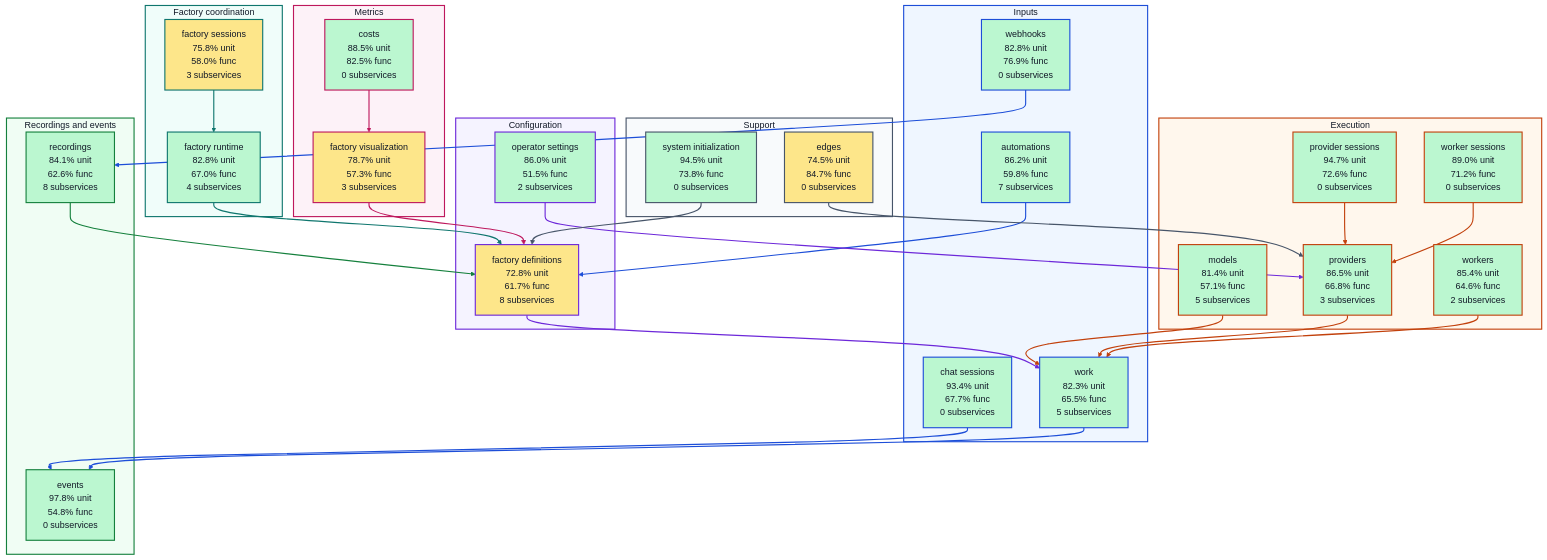
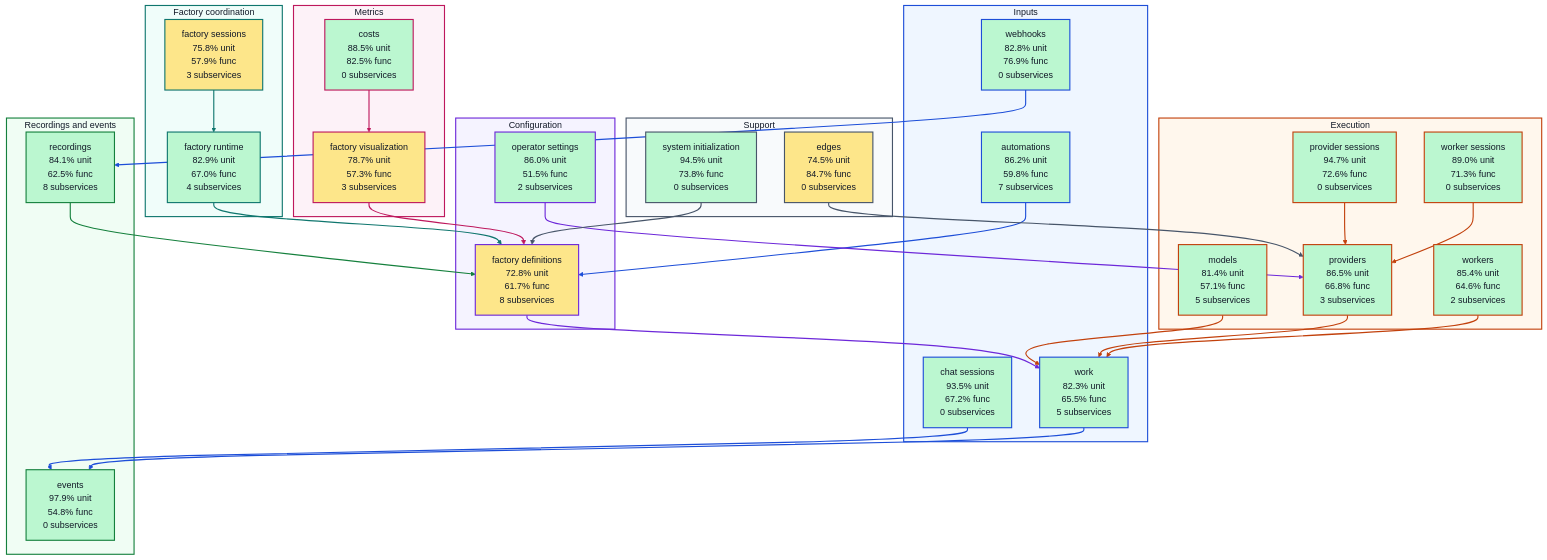
The diagram in docs/architecture/visualizations/high-level-test-coverage.md (portpowered/you-agent-factory), drawn with Mermaid before and after one commit. The commit also changed other lines of this file and 20 other files, not shown here.

Commit message:
docs: refresh backend architecture visualizations

```diff
--- a/docs/architecture/visualizations/high-level-test-coverage.md
+++ b/docs/architecture/visualizations/high-level-test-coverage.md
@@ -12,7 +12,7 @@
 flowchart TB
   subgraph input["Inputs"]
     s_services_automations["automations<br/>86.2% unit<br/>59.8% func<br/>7 subservices"]
-    s_services_chat_sessions["chat sessions<br/>93.4% unit<br/>67.7% func<br/>0 subservices"]
+    s_services_chat_sessions["chat sessions<br/>93.5% unit<br/>67.2% func<br/>0 subservices"]
     s_services_webhooks["webhooks<br/>82.8% unit<br/>76.9% func<br/>0 subservices"]
     s_services_work["work<br/>82.3% unit<br/>65.5% func<br/>5 subservices"]
   end
@@ -21,19 +21,19 @@
     s_services_operator_settings["operator settings<br/>86.0% unit<br/>51.5% func<br/>2 subservices"]
   end
   subgraph coordination["Factory coordination"]
-    s_services_factory_runtime["factory runtime<br/>82.8% unit<br/>67.0% func<br/>4 subservices"]
-    s_services_factory_sessions["factory sessions<br/>75.8% unit<br/>58.0% func<br/>3 subservices"]
+    s_services_factory_runtime["factory runtime<br/>82.9% unit<br/>67.0% func<br/>4 subservices"]
+    s_services_factory_sessions["factory sessions<br/>75.8% unit<br/>57.9% func<br/>3 subservices"]
   end
   subgraph execution["Execution"]
     s_services_models["models<br/>81.4% unit<br/>57.1% func<br/>5 subservices"]
     s_services_provider_sessions["provider sessions<br/>94.7% unit<br/>72.6% func<br/>0 subservices"]
     s_services_providers["providers<br/>86.5% unit<br/>66.8% func<br/>3 subservices"]
-    s_services_worker_sessions["worker sessions<br/>89.0% unit<br/>71.2% func<br/>0 subservices"]
+    s_services_worker_sessions["worker sessions<br/>89.0% unit<br/>71.3% func<br/>0 subservices"]
     s_services_workers["workers<br/>85.4% unit<br/>64.6% func<br/>2 subservices"]
   end
   subgraph recordings["Recordings and events"]
-    s_services_events["events<br/>97.8% unit<br/>54.8% func<br/>0 subservices"]
-    s_services_recordings["recordings<br/>84.1% unit<br/>62.6% func<br/>8 subservices"]
+    s_services_events["events<br/>97.9% unit<br/>54.8% func<br/>0 subservices"]
+    s_services_recordings["recordings<br/>84.1% unit<br/>62.5% func<br/>8 subservices"]
   end
   subgraph metrics["Metrics"]
     s_services_costs["costs<br/>88.5% unit<br/>82.5% func<br/>0 subservices"]
```
